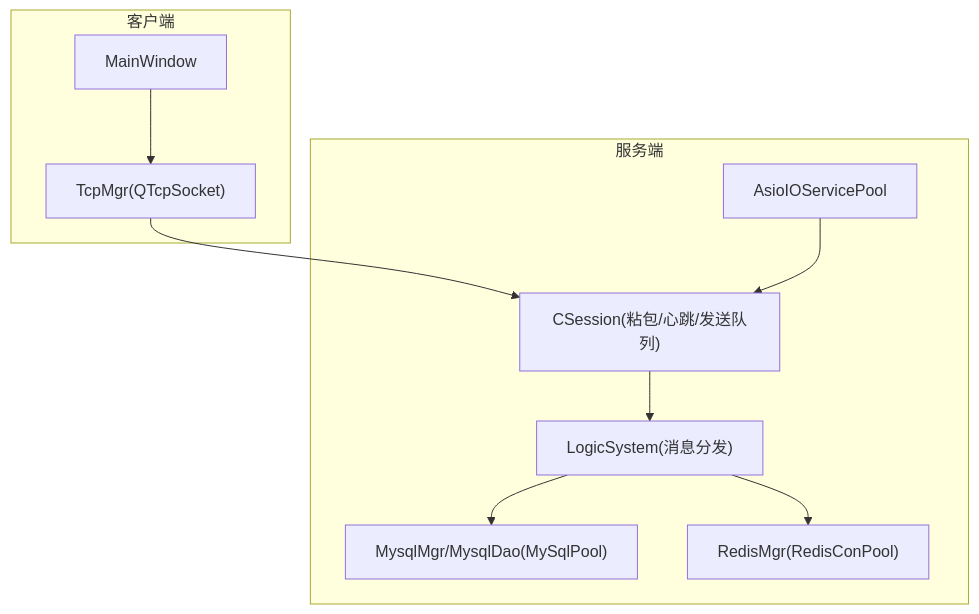
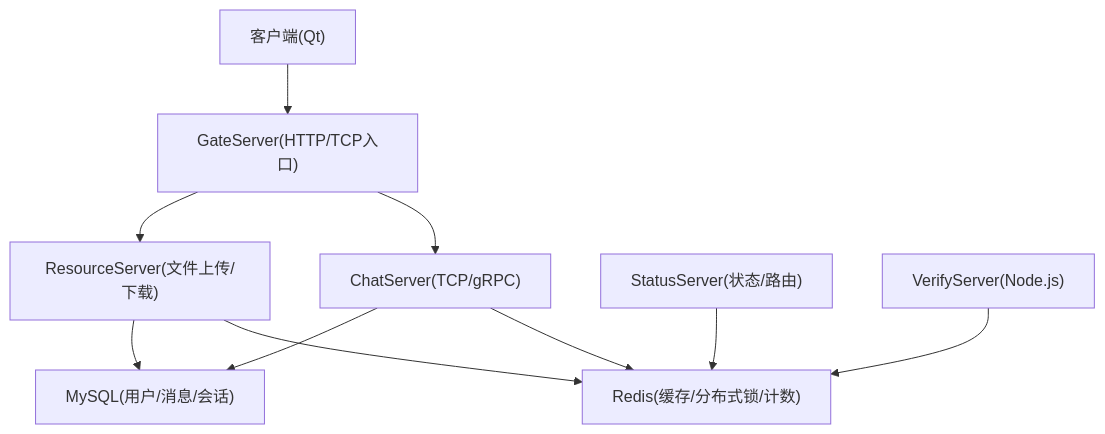
The first of 6 diagrams in .qoder/repowiki/zh/content/性能优化/性能优化.md (echo9923/mychatter), drawn with Mermaid before and after one commit. The commit also changed other lines of this file and 526 other files, not shown here.

Commit message:
docs: 为ChatServer所有头文件添加详细Doxygen注释 - 为18个头文件的类、函数、成员变量添加完整的中文注释 - 包含类职责说明、参数描述、返回值说明 - 涵盖AsioIOServicePool/CServer/CSession/LogicSystem等核心模块 - 同时更新GateServer的VerifyGrpcClient.h注释

````diff
--- a/.qoder/repowiki/zh/content/性能优化/性能优化.md
+++ b/.qoder/repowiki/zh/content/性能优化/性能优化.md
@@ -46,20 +48,12 @@
 ```mermaid
 graph TB
-subgraph "客户端"
-UI["MainWindow"]
-TCP["TcpMgr(QTcpSocket)"]
-end
-subgraph "服务端"
-IO["AsioIOServicePool"]
-Session["CSession(粘包/心跳/发送队列)"]
-Logic["LogicSystem(消息分发)"]
-DB["MysqlMgr/MysqlDao(MySqlPool)"]
-Cache["RedisMgr(RedisConPool)"]
-end
-UI --> TCP
-TCP --> Session
-Session --> Logic
-Logic --> DB
-Logic --> Cache
-IO --> Session
+Client["客户端(Qt)"] --> Gate["GateServer(HTTP/TCP入口)"]
+Gate --> Chat["ChatServer(TCP/gRPC)"]
+Gate --> Resource["ResourceServer(文件上传/下载)"]
+Chat --> Redis["Redis(缓存/分布式锁/计数)"]
+Resource --> Redis
+Chat --> MySQL["MySQL(用户/消息/会话)"]
+Resource --> MySQL
+Status["StatusServer(状态/路由)"] --> Redis
+Verify["VerifyServer(Node.js)"] --> Redis
 ```
````
